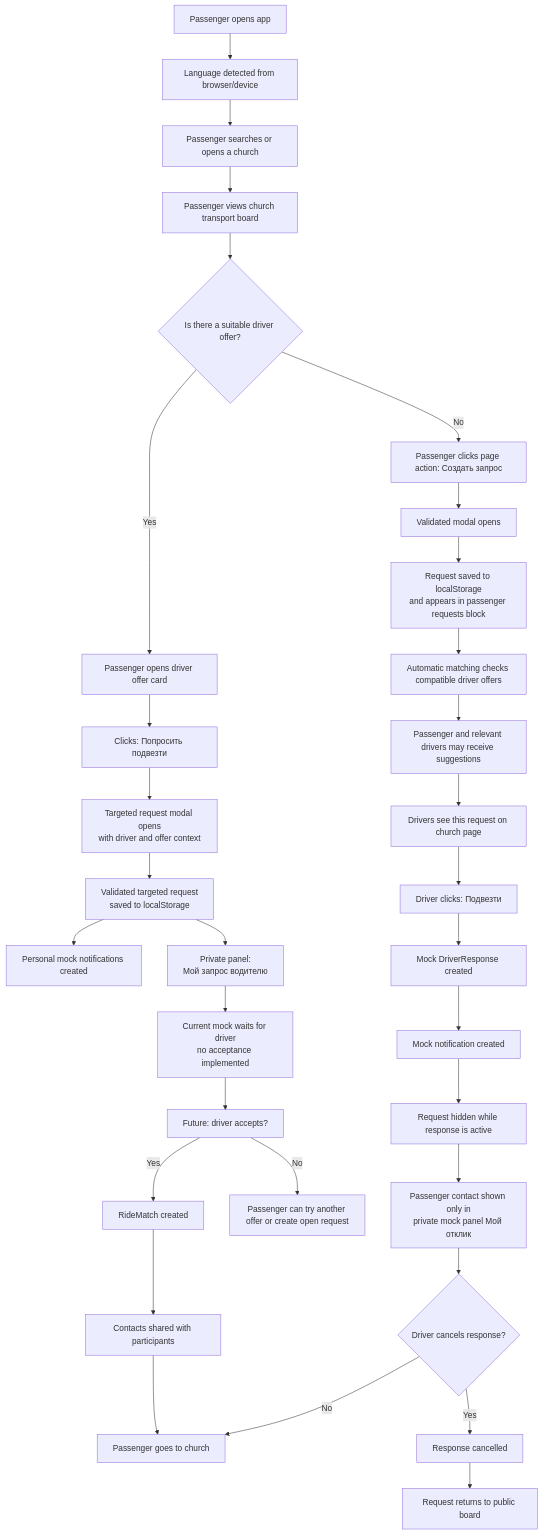
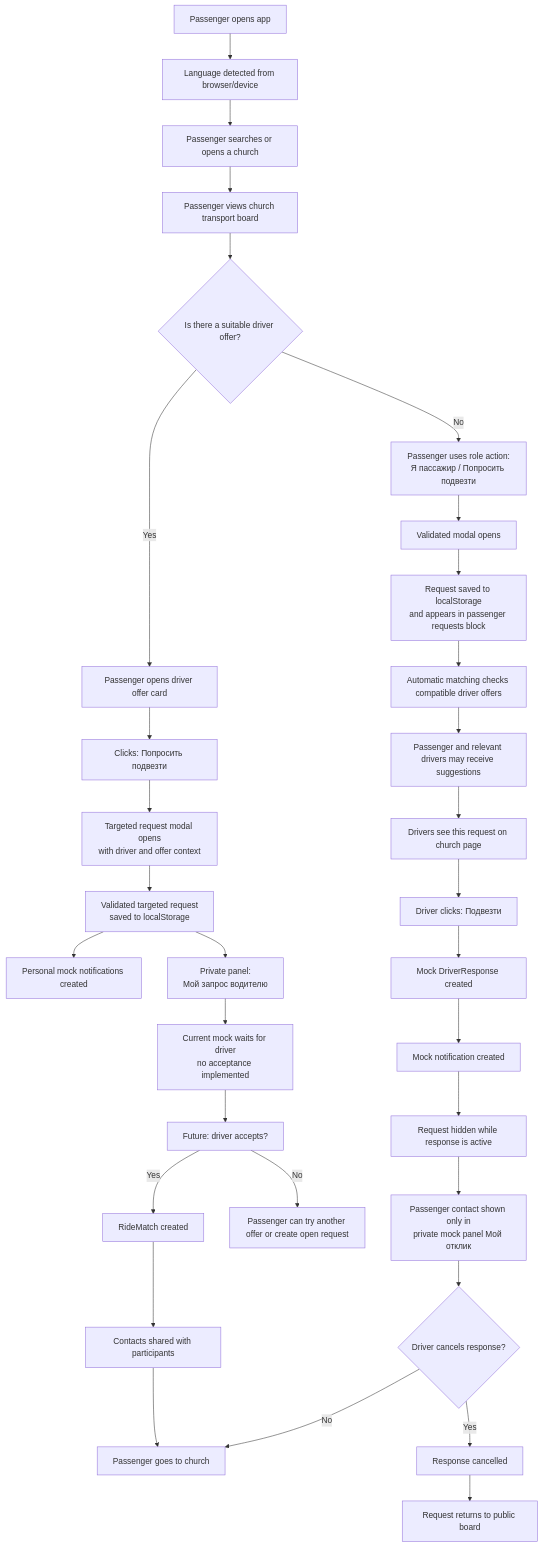
Before and after one commit to Agafanail/orthodox-routes: the fourth of 15 diagrams in docs/PROJECT_MAP.md, drawn with Mermaid. The commit also changed other lines of this file and 33 other files, not shown here.

First line of the commit message:
Improve church transport offer flows

````diff
--- a/docs/PROJECT_MAP.md
+++ b/docs/PROJECT_MAP.md
@@ -104,37 +126,37 @@
 ```mermaid
 flowchart TD
     P0["Passenger opens app"] --> P1["Language detected from browser/device"]
     P1 --> P2["Passenger searches or opens a church"]
     P2 --> P3["Passenger views church transport board"]
 
     P3 --> A{"Is there a suitable driver offer?"}
 
     A -->|Yes| A1["Passenger opens driver offer card"]
     A1 --> A2["Clicks: Попросить подвезти"]
     A2 --> A3["Targeted request modal opens<br/>with driver and offer context"]
     A3 --> A4["Validated targeted request<br/>saved to localStorage"]
     A4 --> A4N["Personal mock notifications created"]
     A4 --> A4P["Private panel:<br/>Мой запрос водителю"]
     A4P --> A5["Current mock waits for driver<br/>no acceptance implemented"]
     A5 --> A5F["Future: driver accepts?"]
     A5F -->|Yes| A6["RideMatch created"]
     A6 --> A7["Contacts shared with participants"]
     A7 --> A8["Passenger goes to church"]
     A5F -->|No| A9["Passenger can try another offer or create open request"]
 
-    A -->|No| B1["Passenger clicks page action: Создать запрос"]
+    A -->|No| B1["Passenger uses role action:<br/>Я пассажир / Попросить подвезти"]
     B1 --> B2["Validated modal opens"]
     B2 --> B3["Request saved to localStorage<br/>and appears in passenger requests block"]
     B3 --> B3M["Automatic matching checks compatible driver offers"]
     B3M --> B3N["Passenger and relevant drivers may receive suggestions"]
     B3N --> B4["Drivers see this request on church page"]
     B4 --> B5["Driver clicks: Подвезти"]
     B5 --> B6["Mock DriverResponse created"]
     B6 --> B7["Mock notification created"]
     B7 --> B8["Request hidden while response is active"]
     B8 --> B9["Passenger contact shown only in<br/>private mock panel Мой отклик"]
     B9 --> B10{"Driver cancels response?"}
     B10 -->|Yes| B11["Response cancelled"]
     B11 --> B12["Request returns to public board"]
     B10 -->|No| A8
 ```
````
